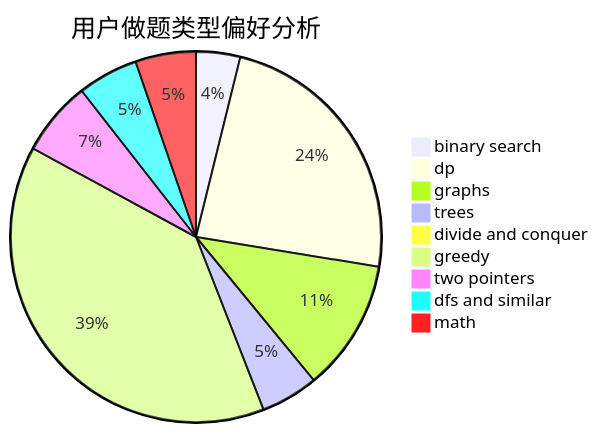
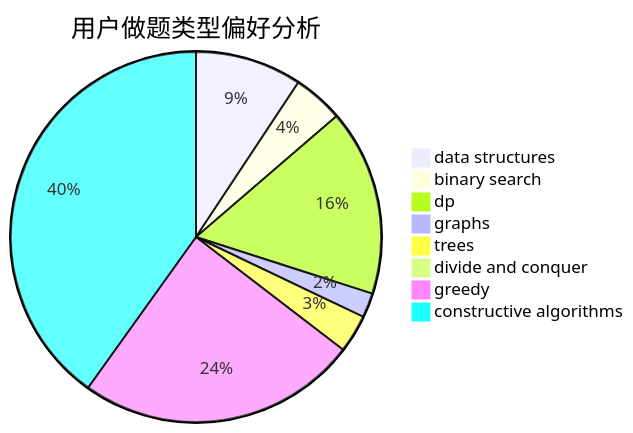
Before and after one commit to sherpahu/cfrs.github.io: the second of 3 diagrams in docs/user/u865.md, drawn with Mermaid. The commit also changed other lines of this file and 2775 other files, not shown here.

````diff
--- a/docs/user/u865.md
+++ b/docs/user/u865.md
@@ -23,12 +23,11 @@
 ```mermaid
 pie title 用户做题类型偏好分析
-    "binary search" :  59
-    "dp" :  364
-    "graphs" :  176
-    "trees" :  77
-    "divide and conquer" :  4
-    "greedy" :  596
-    "two pointers" :  100
-    "dfs and similar" :  81
-    "math" :  81
+    "data structures" :  87
+    "binary search" :  41
+    "dp" :  152
+    "graphs" :  20
+    "trees" :  31
+    "divide and conquer" :  0
+    "greedy" :  229
+    "constructive algorithms" :  375
 ```
````
